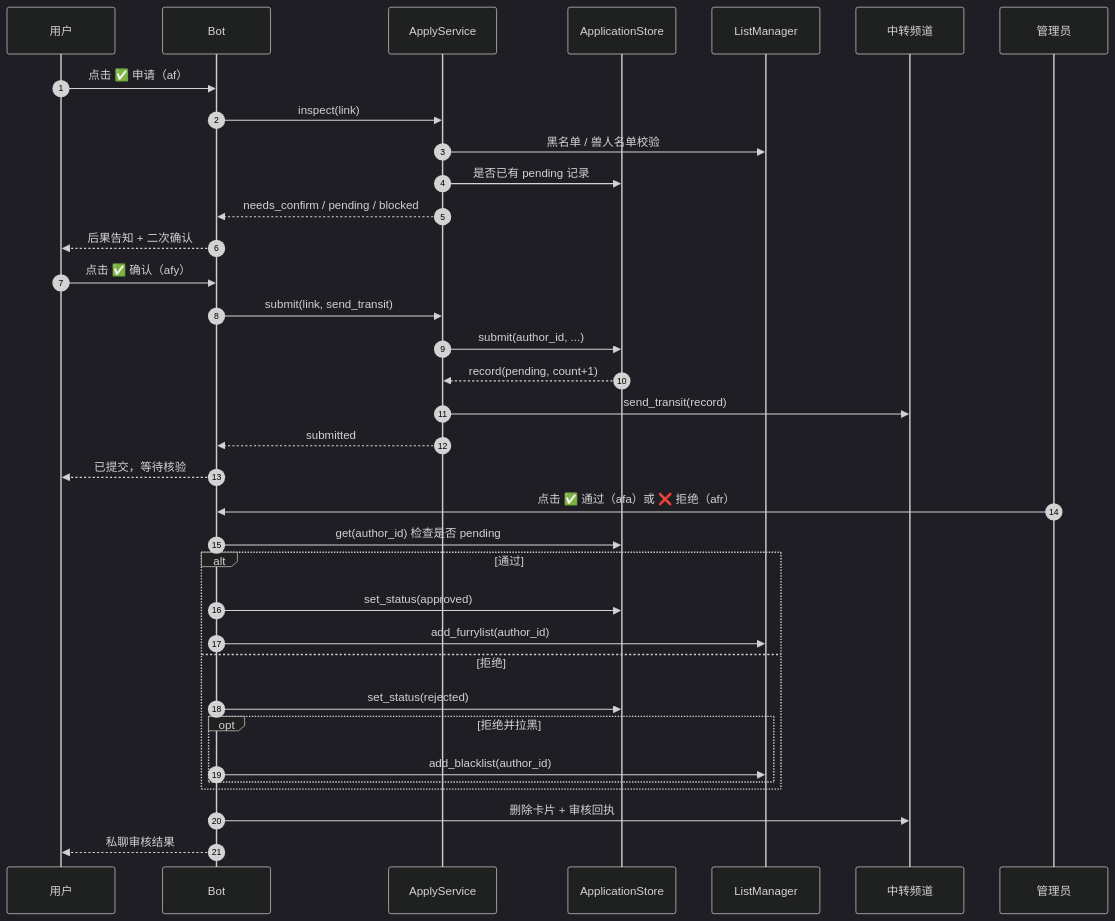
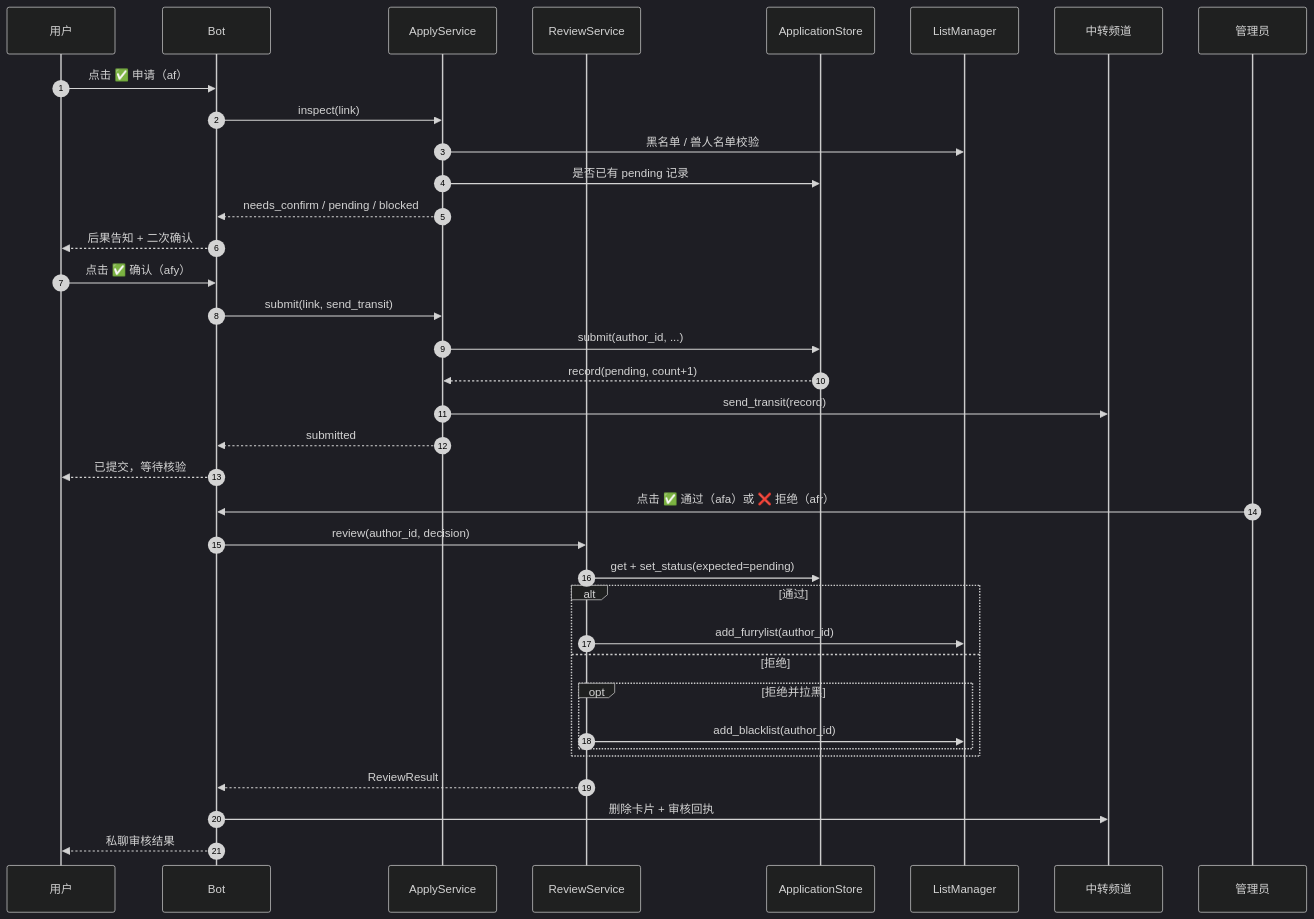
Before and after one commit to DowneyRem/FurryReadingBot: the third of 6 diagrams in docs/03-项目架构说明.md, drawn with Mermaid (dark theme). The commit also changed other lines of this file and 9 other files, not shown here.

Commit message:
Service：拆分 review_service

````diff
--- a/docs/03-项目架构说明.md
+++ b/docs/03-项目架构说明.md
@@ -236,38 +238,39 @@
 ```mermaid
 sequenceDiagram
     autonumber
     participant U as 用户
     participant B as Bot
     participant ASVC as ApplyService
+    participant RSVC as ReviewService
     participant A as ApplicationStore
     participant L as ListManager
     participant T as 中转频道
     participant M as 管理员
 
     U->>B: 点击 ✅ 申请（af）
     B->>ASVC: inspect(link)
     ASVC->>L: 黑名单 / 兽人名单校验
     ASVC->>A: 是否已有 pending 记录
     ASVC-->>B: needs_confirm / pending / blocked
     B-->>U: 后果告知 + 二次确认
     U->>B: 点击 ✅ 确认（afy）
     B->>ASVC: submit(link, send_transit)
     ASVC->>A: submit(author_id, ...)
     A-->>ASVC: record(pending, count+1)
     ASVC->>T: send_transit(record)
     ASVC-->>B: submitted
     B-->>U: 已提交，等待核验
     M->>B: 点击 ✅ 通过（afa）或 ❌ 拒绝（afr）
-    B->>A: get(author_id) 检查是否 pending
+    B->>RSVC: review(author_id, decision)
+    RSVC->>A: get + set_status(expected=pending)
     alt 通过
-        B->>A: set_status(approved)
-        B->>L: add_furrylist(author_id)
+        RSVC->>L: add_furrylist(author_id)
     else 拒绝
-        B->>A: set_status(rejected)
         opt 拒绝并拉黑
-            B->>L: add_blacklist(author_id)
+            RSVC->>L: add_blacklist(author_id)
         end
     end
+    RSVC-->>B: ReviewResult
     B->>T: 删除卡片 + 审核回执
     B-->>U: 私聊审核结果
 ```
````
